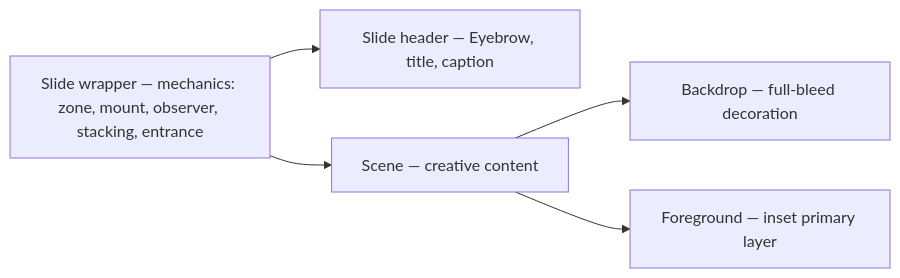
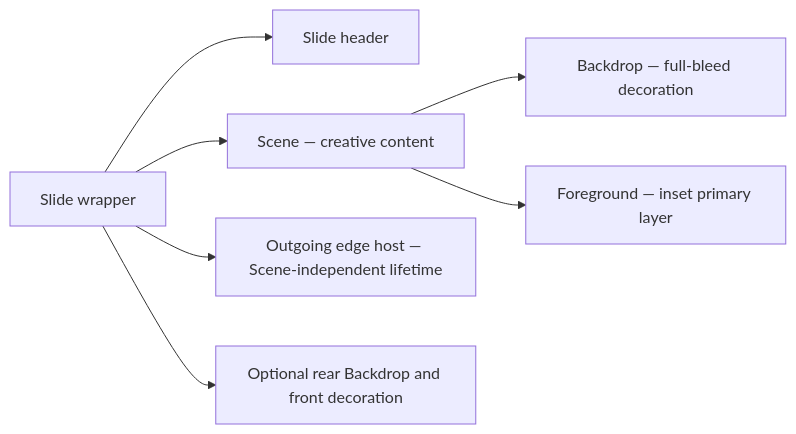
Before and after one commit to hancrafted/content-library: the fourth of 5 diagrams in .archgate/adrs/FE-004-slide-architecture.md, drawn with Mermaid. The commit also changed other lines of this file and 5 other files, not shown here.

````diff
--- a/.archgate/adrs/FE-004-slide-architecture.md
+++ b/.archgate/adrs/FE-004-slide-architecture.md
@@ -87,7 +88,9 @@
 ```mermaid
 flowchart LR
-  W["Slide wrapper — mechanics: zone, mount, observer, stacking, entrance"] --> H["Slide header — Eyebrow, title, caption"]
+  W["Slide wrapper"] --> H["Slide header"]
   W --> S["Scene — creative content"]
   S --> B["Backdrop — full-bleed decoration"]
   S --> F["Foreground — inset primary layer"]
+  W --> E["Outgoing edge host — Scene-independent lifetime"]
+  W --> D["Optional rear Backdrop and front decoration"]
 ```
````
